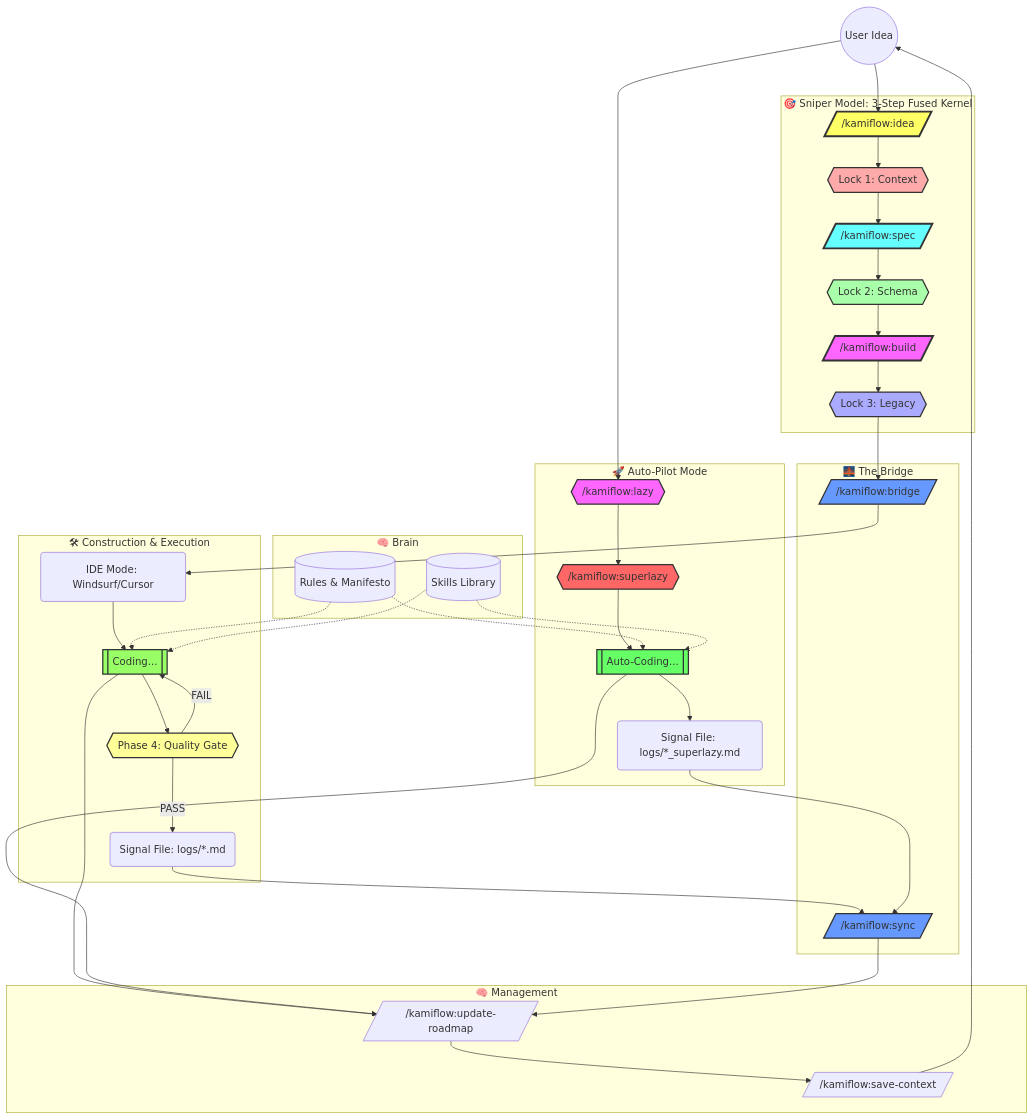
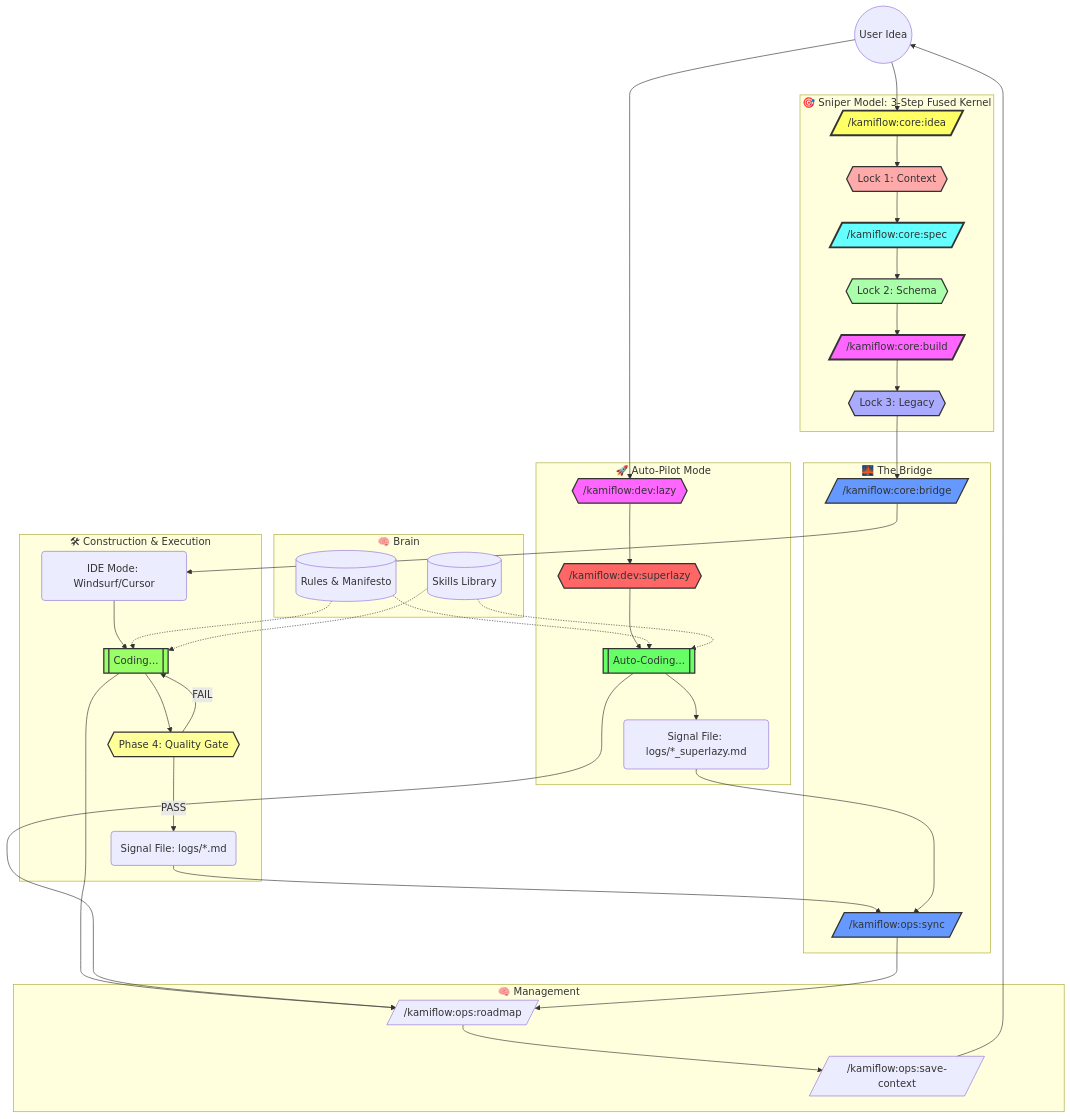
Before and after one commit to kamishino/gemini-cli-workflow: the diagram in docs/overview.md, drawn with Mermaid. The commit also changed other lines of this file and 12 other files, not shown here.

```diff
--- a/docs/overview.md
+++ b/docs/overview.md
@@ -12,17 +12,17 @@
     Start((User Idea))
 
     subgraph Sniper_Phase [🎯 Sniper Model: 3-Step Fused Kernel]
-        Idea[/"/kamiflow:idea"/]
-        Spec[/"/kamiflow:spec"/]
-        Build[/"/kamiflow:build"/]
+        Idea[/"/kamiflow:core:idea"/]
+        Spec[/"/kamiflow:core:spec"/]
+        Build[/"/kamiflow:core:build"/]
         Lock1{{Lock 1: Context}}
         Lock2{{Lock 2: Schema}}
         Lock3{{Lock 3: Legacy}}
     end
 
     subgraph Bridge [🌉 The Bridge]
-        Handoff[/"/kamiflow:bridge"/]
-        Sync[/"/kamiflow:sync"/]
+        Handoff[/"/kamiflow:core:bridge"/]
+        Sync[/"/kamiflow:ops:sync"/]
     end
 
     subgraph Construction_Phase [🛠 Construction & Execution]
@@ -33,8 +33,8 @@
     end
 
     subgraph Autopilot_Phase [🚀 Auto-Pilot Mode]
-        Lazy{{"/kamiflow:lazy"}}
-        SuperLazy{{"/kamiflow:superlazy"}}
+        Lazy{{"/kamiflow:dev:lazy"}}
+        SuperLazy{{"/kamiflow:dev:superlazy"}}
         AutoCode[[Auto-Coding...]]
         AutoLog(Signal File: logs/*_superlazy.md)
     end
@@ -45,8 +45,8 @@
     end
 
     subgraph Management [🧠 Management]
-        Roadmap[/"/kamiflow:update-roadmap"/]
-        Save[/"/kamiflow:save-context"/]
+        Roadmap[/"/kamiflow:ops:roadmap"/]
+        Save[/"/kamiflow:ops:save-context"/]
     end
 
     %% Flow
```
